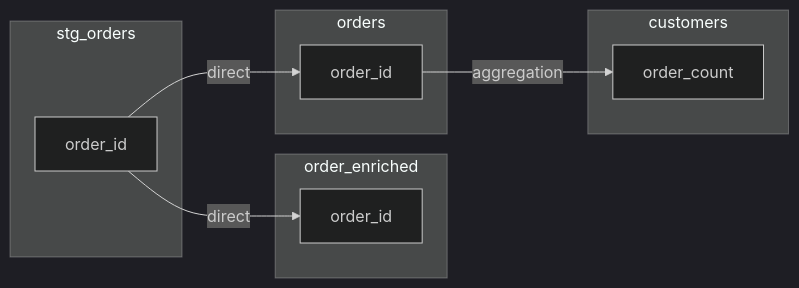
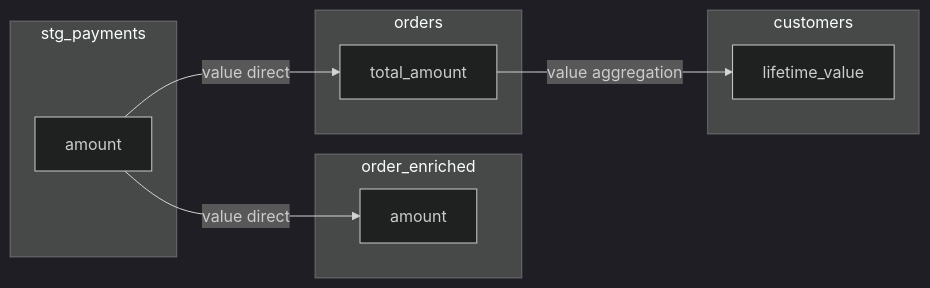
The fourth of 4 diagrams in README.md (eitsupi/dlin), drawn with Mermaid (dark theme) before and after one commit. The commit also changed other lines of this file and 1 other file, not shown here.

````diff
--- a/README.md
+++ b/README.md
@@ -380,19 +342,19 @@
 ```mermaid
 flowchart LR
   subgraph sg0["customers"]
-    n0_0["order_count"]
+    n0_0["lifetime_value"]
   end
   subgraph sg1["order_enriched"]
-    n1_0["order_id"]
+    n1_0["amount"]
   end
   subgraph sg2["orders"]
-    n2_0["order_id"]
+    n2_0["total_amount"]
   end
-  subgraph sg3["stg_orders"]
-    n3_0["order_id"]
+  subgraph sg3["stg_payments"]
+    n3_0["amount"]
   end
 
-  n2_0 -->|"aggregation"|n0_0
-  n3_0 -->|"direct"|n1_0
-  n3_0 -->|"direct"|n2_0
+  n3_0 -->|"value direct"|n2_0
+  n2_0 -->|"value aggregation"|n0_0
+  n3_0 -->|"value direct"|n1_0
 ```
````
